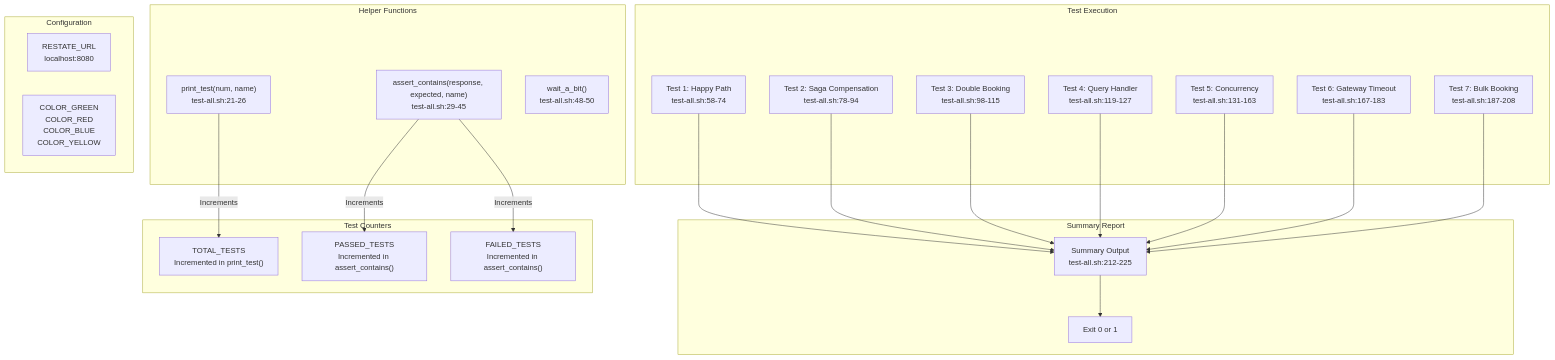
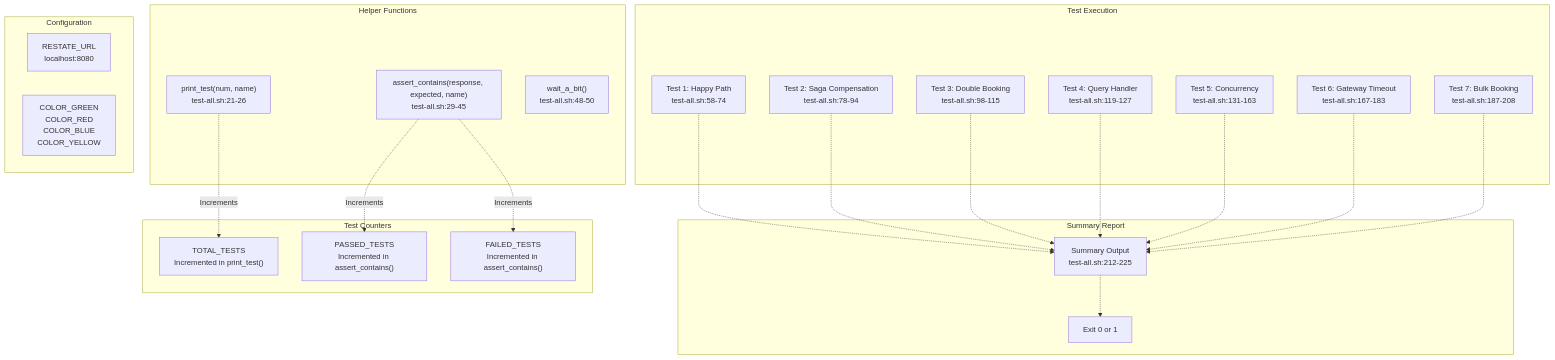
Before and after one commit to philipz/restate-cloudflare-workers-poc: the second of 5 diagrams in docs/deepwiki/Local-Testing.md, drawn with Mermaid. The commit also changed other lines of this file and 27 other files, not shown here.

````diff
--- a/docs/deepwiki/Local-Testing.md
+++ b/docs/deepwiki/Local-Testing.md
@@ -120,65 +120,65 @@
 ```mermaid
 flowchart TD
 
 RESTATE_URL["RESTATE_URL<br>localhost:8080"]
 ColorCodes["COLOR_GREEN<br>COLOR_RED<br>COLOR_BLUE<br>COLOR_YELLOW"]
 PrintTest["print_test(num, name)<br>test-all.sh:21-26"]
 AssertContains["assert_contains(response, expected, name)<br>test-all.sh:29-45"]
 WaitABit["wait_a_bit()<br>test-all.sh:48-50"]
 TotalTests["TOTAL_TESTS<br>Incremented in print_test()"]
 PassedTests["PASSED_TESTS<br>Incremented in assert_contains()"]
 FailedTests["FAILED_TESTS<br>Incremented in assert_contains()"]
 Test1["Test 1: Happy Path<br>test-all.sh:58-74"]
 Test2["Test 2: Saga Compensation<br>test-all.sh:78-94"]
 Test3["Test 3: Double Booking<br>test-all.sh:98-115"]
 Test4["Test 4: Query Handler<br>test-all.sh:119-127"]
 Test5["Test 5: Concurrency<br>test-all.sh:131-163"]
 Test6["Test 6: Gateway Timeout<br>test-all.sh:167-183"]
 Test7["Test 7: Bulk Booking<br>test-all.sh:187-208"]
 TestSummary["Summary Output<br>test-all.sh:212-225"]
 ExitCode["Exit 0 or 1"]
 
-PrintTest -->|"Increments"| TotalTests
-AssertContains -->|"Increments"| PassedTests
-AssertContains -->|"Increments"| FailedTests
-Test1 --> TestSummary
-Test2 --> TestSummary
-Test3 --> TestSummary
-Test4 --> TestSummary
-Test5 --> TestSummary
-Test6 --> TestSummary
-Test7 --> TestSummary
+PrintTest -.->|"Increments"| TotalTests
+AssertContains -.->|"Increments"| PassedTests
+AssertContains -.->|"Increments"| FailedTests
+Test1 -.-> TestSummary
+Test2 -.-> TestSummary
+Test3 -.-> TestSummary
+Test4 -.-> TestSummary
+Test5 -.-> TestSummary
+Test6 -.-> TestSummary
+Test7 -.-> TestSummary
 
 subgraph subGraph4 ["Summary Report"]
     TestSummary
     ExitCode
-    TestSummary --> ExitCode
+    TestSummary -.-> ExitCode
 end
 
 subgraph subGraph3 ["Test Execution"]
     Test1
     Test2
     Test3
     Test4
     Test5
     Test6
     Test7
 end
 
 subgraph subGraph2 ["Test Counters"]
     TotalTests
     PassedTests
     FailedTests
 end
 
 subgraph subGraph1 ["Helper Functions"]
     PrintTest
     AssertContains
     WaitABit
 end
 
 subgraph Configuration ["Configuration"]
     RESTATE_URL
     ColorCodes
 end
 ```
````
